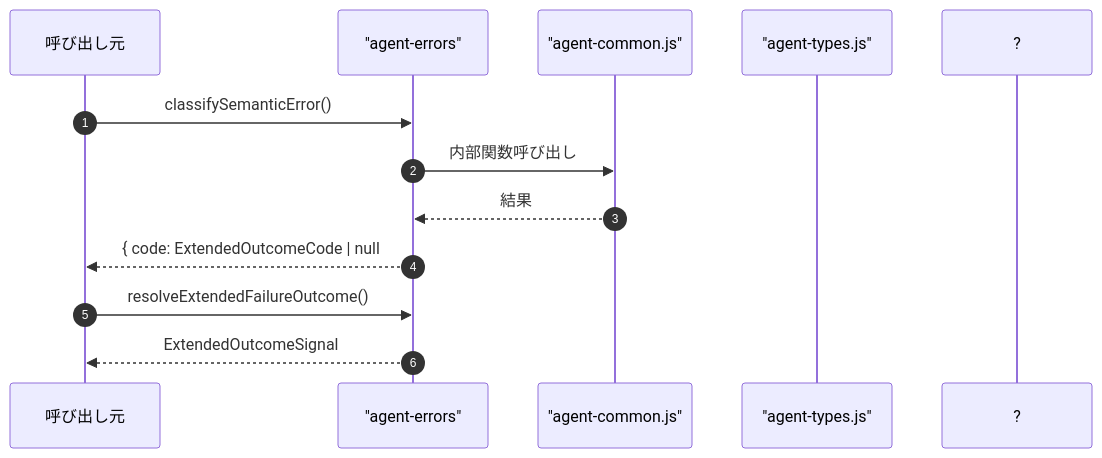
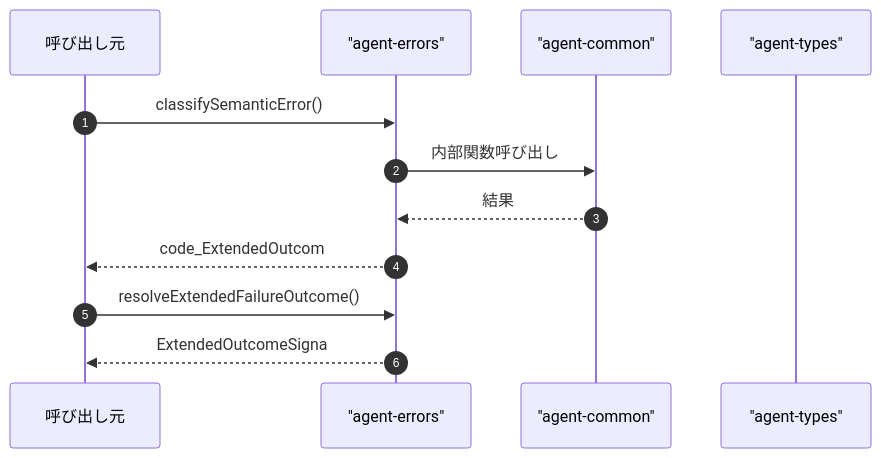
One commit to Mekann2904/mekann changed the fourth of 4 diagrams in ABDD/.pi/lib/agent-errors.md. Above: the diagram before and after it, drawn with Mermaid. The commit also changed other lines of this file and 174 other files, not shown here.

First line of the commit message:
fix(docs): ABDDのMermaid図生成エラーを修正する

````diff
--- a/ABDD/.pi/lib/agent-errors.md
+++ b/ABDD/.pi/lib/agent-errors.md
@@ -107,16 +107,16 @@
 ```mermaid
 sequenceDiagram
   autonumber
   participant Caller as 呼び出し元
   participant agent_errors as "agent-errors"
-  participant agent_common_js as "agent-common.js"
-  participant agent_types_js as "agent-types.js"
+  participant agent_common as "agent-common"
+  participant agent_types as "agent-types"
 
   Caller->>agent_errors: classifySemanticError()
-  agent_errors->>agent_common_js: 内部関数呼び出し
-  agent_common_js-->>agent_errors: 結果
-  agent_errors-->>Caller: { code: ExtendedOutcomeCode | null; details?: string[] }
+  agent_errors->>agent_common: 内部関数呼び出し
+  agent_common-->>agent_errors: 結果
+  agent_errors-->>Caller: code_ExtendedOutcom
 
   Caller->>agent_errors: resolveExtendedFailureOutcome()
-  agent_errors-->>Caller: ExtendedOutcomeSignal
+  agent_errors-->>Caller: ExtendedOutcomeSigna
 ```
````
